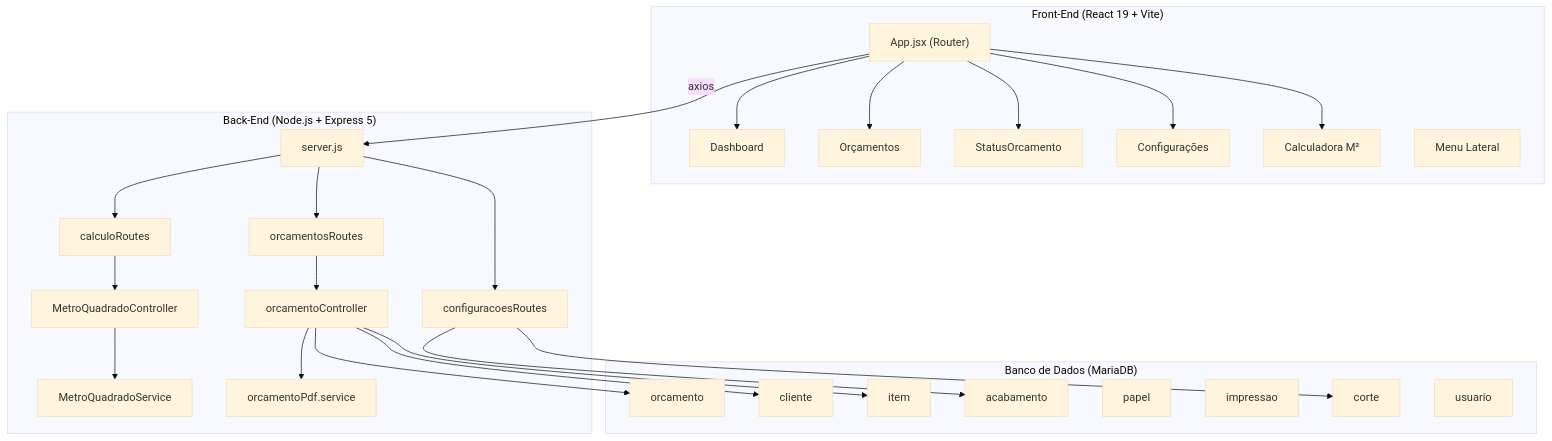
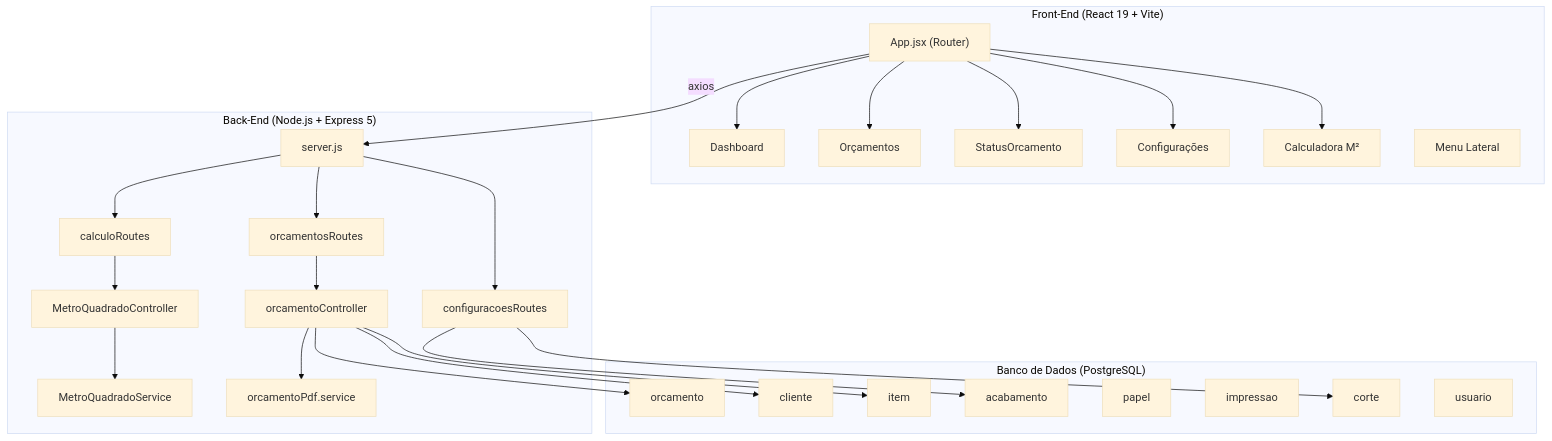
One commit to Knunesth/squad01-graficamaxima-mvp changed the first of 2 diagrams in Documentações-Basicas/analysis_results.md. Above: the diagram before and after it, drawn with Mermaid (base theme). The commit also changed other lines of this file and 33 other files, not shown here.

````diff
--- a/Documentações-Basicas/analysis_results.md
+++ b/Documentações-Basicas/analysis_results.md
@@ -17,44 +17,44 @@
 ```mermaid
 graph TB
     subgraph Frontend["Front-End (React 19 + Vite)"]
         APP["App.jsx (Router)"]
         DASH["Dashboard"]
         ORC["Orçamentos"]
         STATUS["StatusOrcamento"]
         CONFIG["Configurações"]
         CALC["Calculadora M²"]
         MENU["Menu Lateral"]
     end
 
     subgraph Backend["Back-End (Node.js + Express 5)"]
         SERVER["server.js"]
         R_ORC["orcamentosRoutes"]
         R_CONF["configuracoesRoutes"]
         R_CALC["calculoRoutes"]
         C_ORC["orcamentoController"]
         C_M2["MetroQuadradoController"]
         S_M2["MetroQuadradoService"]
         S_PDF["orcamentoPdf.service"]
     end
 
-    subgraph Database["Banco de Dados (MariaDB)"]
+    subgraph Database["Banco de Dados (PostgreSQL)"]
         TB_ORC["orcamento"]
         TB_CLI["cliente"]
         TB_ITEM["item"]
         TB_ACAB["acabamento"]
         TB_PAPEL["papel"]
         TB_IMP["impressao"]
         TB_CORTE["corte"]
         TB_USR["usuario"]
     end
 
     APP --> DASH & ORC & STATUS & CONFIG & CALC
     APP --"axios"--> SERVER
     SERVER --> R_ORC & R_CONF & R_CALC
     R_ORC --> C_ORC
     R_CALC --> C_M2
     C_ORC --> TB_ORC & TB_CLI & TB_ITEM
     C_ORC --> S_PDF
     C_M2 --> S_M2
     R_CONF --> TB_ACAB & TB_CORTE
 ```
````
